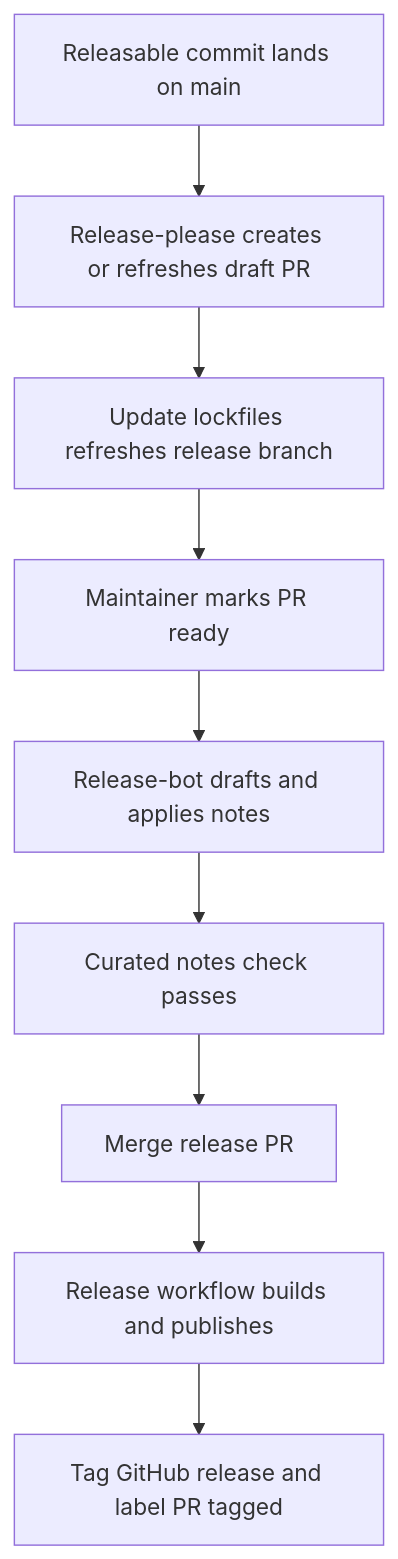
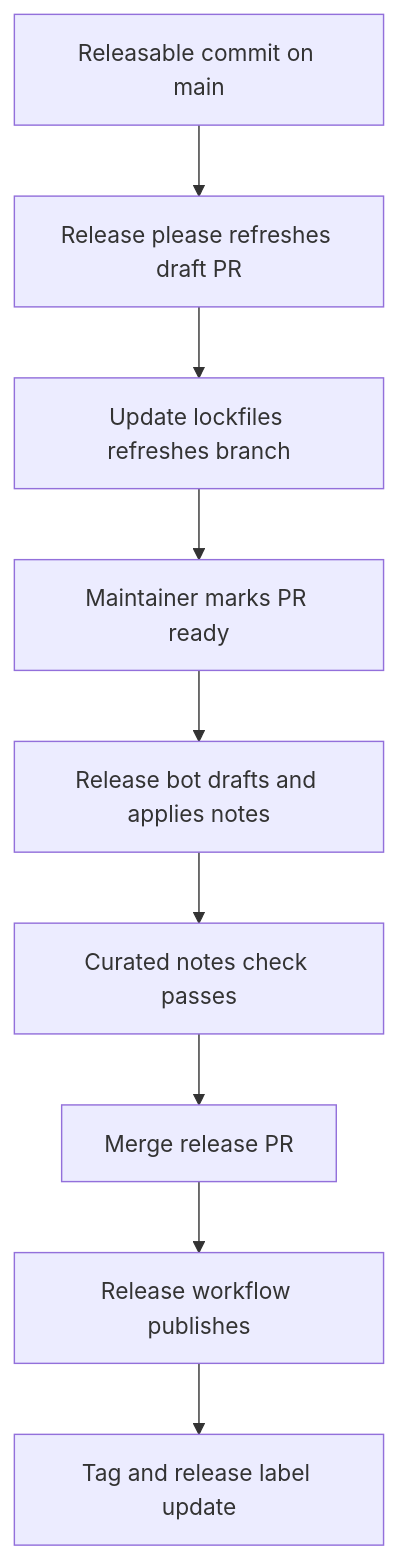
The second of 2 diagrams in openwiki/operations/development.md (langchain-ai/deepagents), drawn with Mermaid before and after one commit. The commit also changed other lines of this file and 69 other files, not shown here.

````diff
--- a/openwiki/operations/development.md
+++ b/openwiki/operations/development.md
@@ -159,11 +159,11 @@
 ```mermaid
 flowchart TD
-    Land["Releasable commit lands on main"] --> Draft["Release-please creates or refreshes draft PR"]
-    Draft --> Locks["Update lockfiles refreshes release branch"]
+    Land["Releasable commit on main"] --> Draft["Release please refreshes draft PR"]
+    Draft --> Locks["Update lockfiles refreshes branch"]
     Locks --> Ready["Maintainer marks PR ready"]
-    Ready --> Curate["Release-bot drafts and applies notes"]
+    Ready --> Curate["Release bot drafts and applies notes"]
     Curate --> Gate["Curated notes check passes"]
     Gate --> Merge["Merge release PR"]
-    Merge --> Publish["Release workflow builds and publishes"]
-    Publish --> Tagged["Tag GitHub release and label PR tagged"]
+    Merge --> Publish["Release workflow publishes"]
+    Publish --> Tagged["Tag and release label update"]
 ```
````
